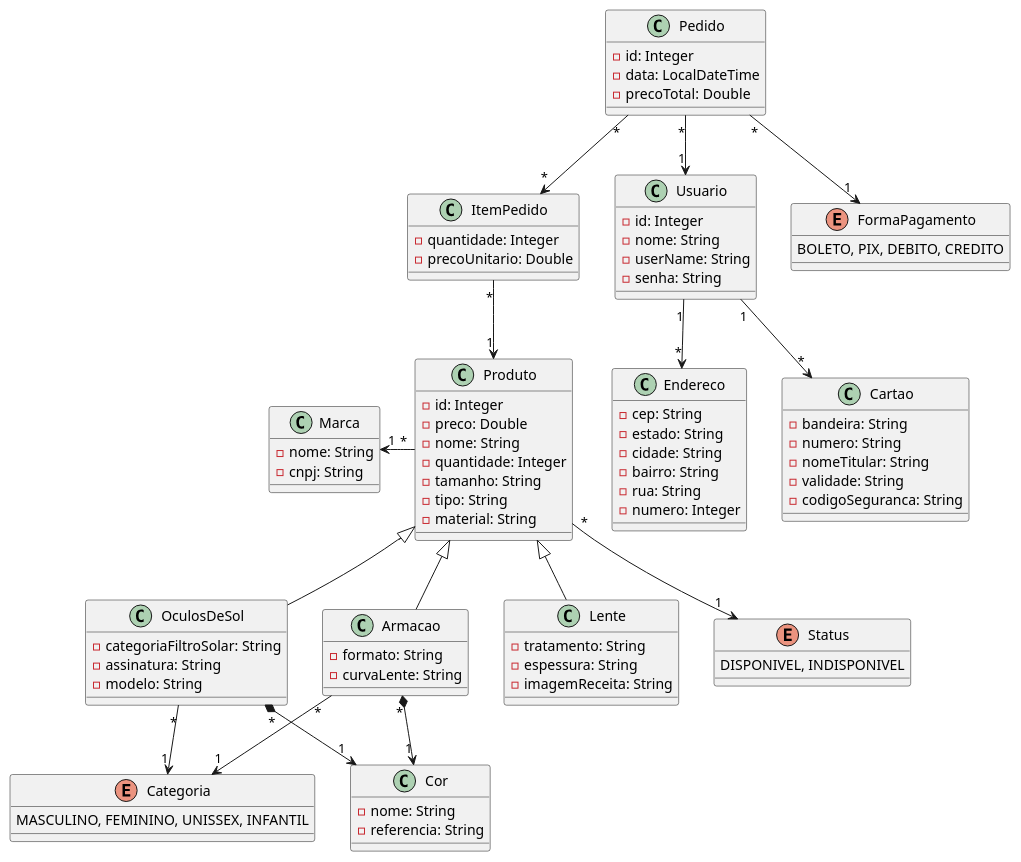
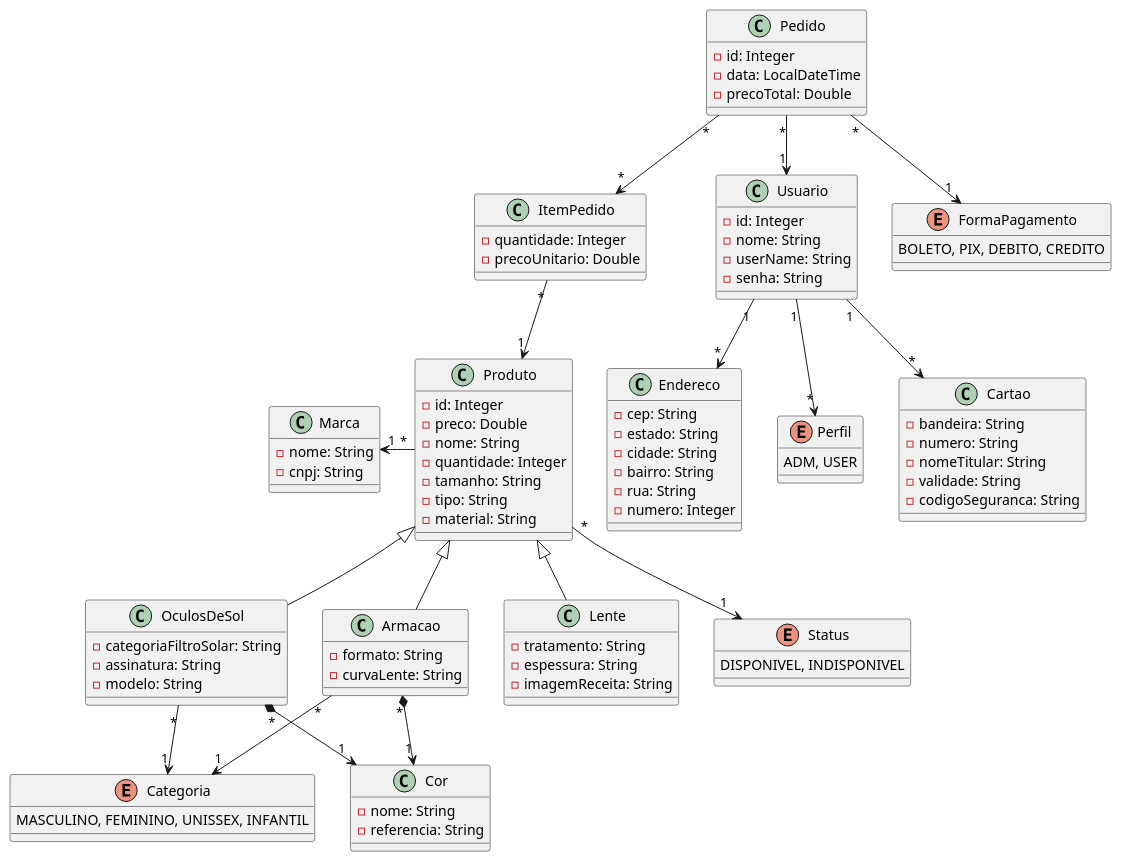
Before and after one commit to ja1vctr/TP1-otica-quarkus: the diagram in uml/otica.puml, drawn with PlantUML. The commit also changed 13 other files, not shown here.

```diff
--- a/uml/otica.puml
+++ b/uml/otica.puml
@@ -1,103 +1,107 @@
 @startuml
 class Produto {
     - id: Integer
     - preco: Double
     - nome: String
     - quantidade: Integer
     - tamanho: String
     - tipo: String
     - material: String
 }
 
 class OculosDeSol extends Produto {
     - categoriaFiltroSolar: String
     - assinatura: String
     - modelo: String
 }
 
 class Armacao extends Produto {
     - formato: String
     - curvaLente: String
 }
 
 class Lente extends Produto{
     - tratamento: String
     - espessura: String
     - imagemReceita: String
 }
 
 class Pedido {
     - id: Integer
     - data: LocalDateTime
     - precoTotal: Double
 }
 
 class ItemPedido {
     - quantidade: Integer
     - precoUnitario: Double
 }
 
 class Usuario {
     - id: Integer
     - nome: String
     - userName: String
     - senha: String
 }
 
 class Endereco {
     - cep: String
     - estado: String
     - cidade: String
     - bairro: String
     - rua: String
     - numero: Integer
 }
 
 enum FormaPagamento {
     BOLETO, PIX, DEBITO, CREDITO
 }
 
 enum Categoria {
     MASCULINO, FEMININO, UNISSEX, INFANTIL
 }
 
 enum Status {
     DISPONIVEL, INDISPONIVEL
 }
+enum Perfil {
+    ADM, USER
+}
 
 class Cartao {
     - bandeira: String
     - numero: String
     - nomeTitular: String
     - validade: String
     - codigoSeguranca: String
 }
 
 class Cor {
     - nome: String
     - referencia: String
 }
 
 Class Marca { 
     - nome: String
     - cnpj: String
 }
 
 Armacao     "*" *--> "1" Cor
 Armacao     "*"  --> "1" Categoria
 
 Produto     "*" -left-> "1"  Marca
 Produto     "*" --> "1"  Status
 
 OculosDeSol "*" *--> "1" Cor
 OculosDeSol "*"  --> "1" Categoria
 
 Pedido      "*" --> "1"  Usuario
 Pedido      "*" --> "*"  ItemPedido
 Pedido      "*" --> "1"  FormaPagamento
 
 ItemPedido  "*" --> "1"  Produto
 
 Usuario     "1" --> "*"  Endereco
 Usuario     "1" --> "*"  Cartao
+Usuario     "1" --> "*"  Perfil
 @enduml
```
